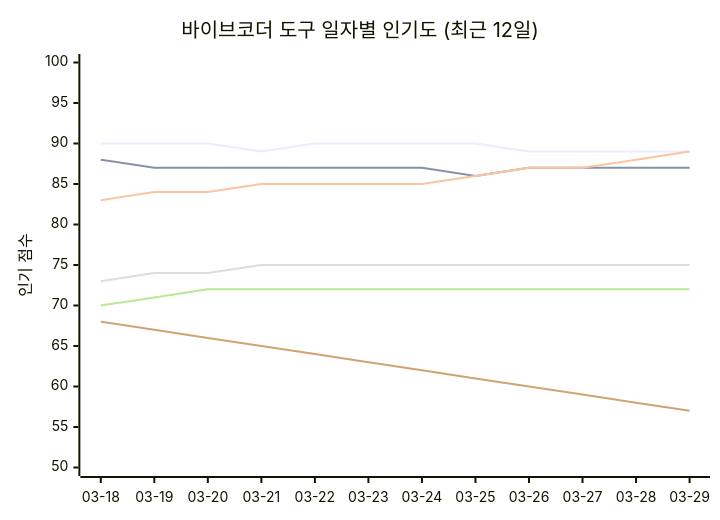
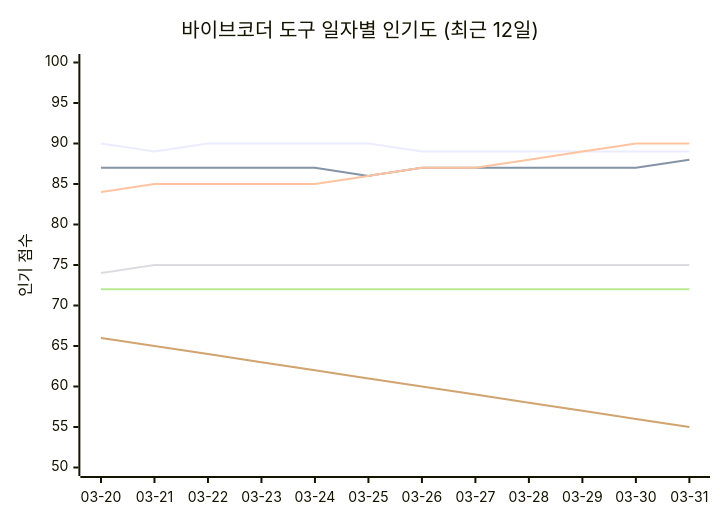
One commit to Lazere4385/ai-whatchelin changed the seventh of 11 diagrams in README_ko.md. Above: the diagram before and after it, drawn with Mermaid. The commit also changed other lines of this file and 2 other files, not shown here.

````diff
--- a/README_ko.md
+++ b/README_ko.md
@@ -496,12 +510,12 @@
 ```mermaid
 xychart-beta
     title "바이브코더 도구 일자별 인기도 (최근 12일)"
-    x-axis ["03-18", "03-19", "03-20", "03-21", "03-22", "03-23", "03-24", "03-25", "03-26", "03-27", "03-28", "03-29"]
+    x-axis ["03-20", "03-21", "03-22", "03-23", "03-24", "03-25", "03-26", "03-27", "03-28", "03-29", "03-30", "03-31"]
     y-axis "인기 점수" 50 --> 100
-    line "GH Copilot" [90, 90, 90, 89, 90, 90, 90, 90, 89, 89, 89, 89]
-    line "Cursor" [88, 87, 87, 87, 87, 87, 87, 86, 87, 87, 87, 87]
-    line "Claude Code" [83, 84, 84, 85, 85, 85, 85, 86, 87, 87, 88, 89]
-    line "Windsurf" [73, 74, 74, 75, 75, 75, 75, 75, 75, 75, 75, 75]
-    line "Codex CLI" [70, 71, 72, 72, 72, 72, 72, 72, 72, 72, 72, 72]
-    line "Antigravity" [68, 67, 66, 65, 64, 63, 62, 61, 60, 59, 58, 57]
+    line "GH Copilot" [90, 89, 90, 90, 90, 90, 89, 89, 89, 89, 89, 89]
+    line "Cursor" [87, 87, 87, 87, 87, 86, 87, 87, 87, 87, 87, 88]
+    line "Claude Code" [84, 85, 85, 85, 85, 86, 87, 87, 88, 89, 90, 90]
+    line "Windsurf" [74, 75, 75, 75, 75, 75, 75, 75, 75, 75, 75, 75]
+    line "Codex CLI" [72, 72, 72, 72, 72, 72, 72, 72, 72, 72, 72, 72]
+    line "Antigravity" [66, 65, 64, 63, 62, 61, 60, 59, 58, 57, 56, 55]
 ```
````
